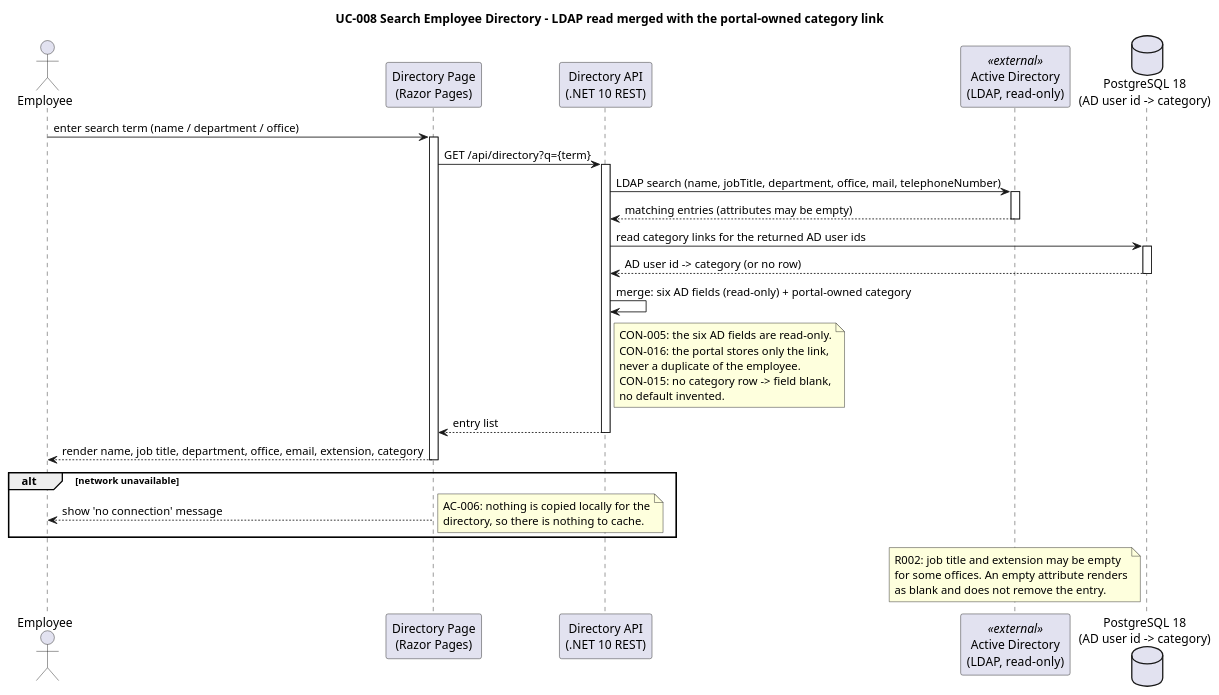
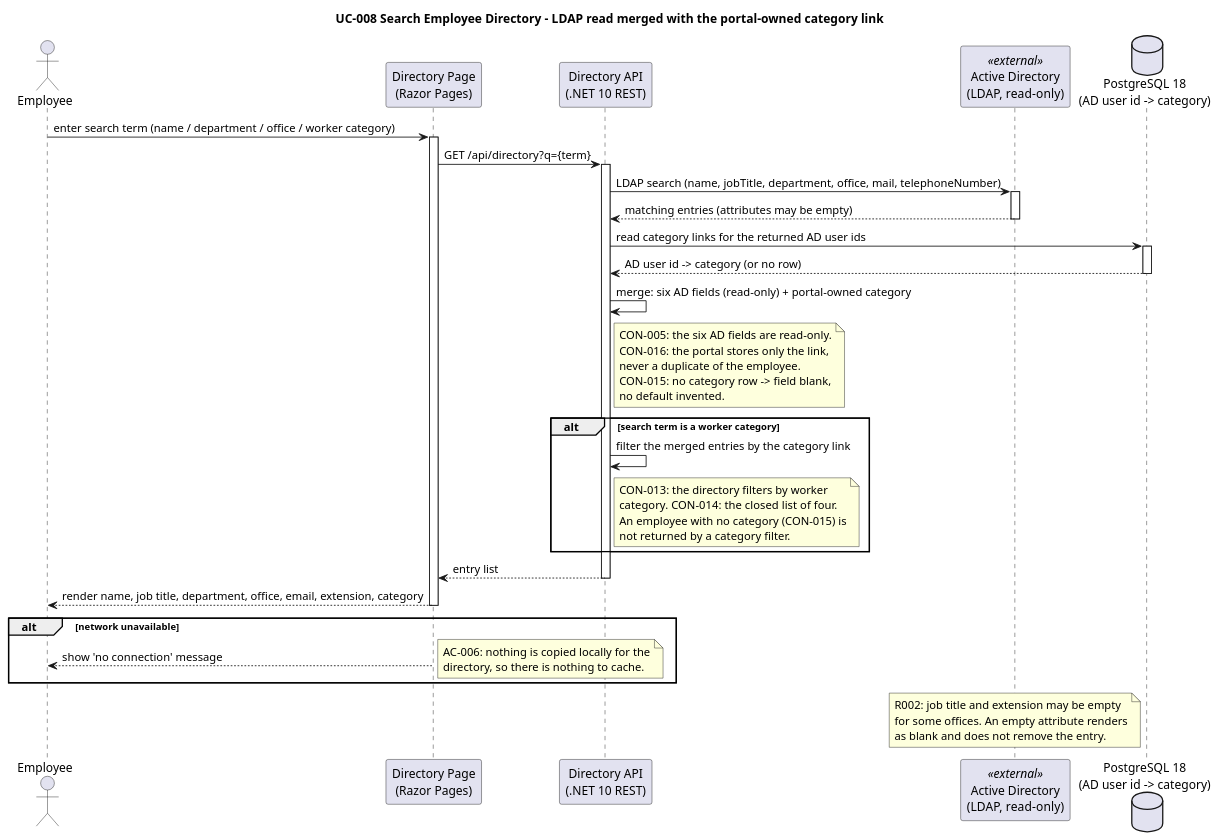
Before and after one commit to banense-test/portal: the fourth of 4 diagrams in docs/artifacts/requirements/use-case-model.md, drawn with PlantUML. The commit also changed other lines of this file, not shown here.

Commit message:
System Analyst [I3]: upsert Use-Case Model
[skip ci]

````diff
--- a/docs/artifacts/requirements/use-case-model.md
+++ b/docs/artifacts/requirements/use-case-model.md
@@ -442,50 +444,59 @@
 ```plantuml
 @startuml UC008_Sequence
 title UC-008 Search Employee Directory - LDAP read merged with the portal-owned category link
 
 actor "Employee" as EMP
 participant "Directory Page\n(Razor Pages)" as PAGE
 participant "Directory API\n(.NET 10 REST)" as API
 participant "Active Directory\n(LDAP, read-only)" as AD <<external>>
 database "PostgreSQL 18\n(AD user id -> category)" as DB
 
-EMP -> PAGE : enter search term (name / department / office)
+EMP -> PAGE : enter search term (name / department / office / worker category)
 activate PAGE
 PAGE -> API : GET /api/directory?q={term}
 activate API
 API -> AD : LDAP search (name, jobTitle, department, office, mail, telephoneNumber)
 activate AD
 AD --> API : matching entries (attributes may be empty)
 deactivate AD
 API -> DB : read category links for the returned AD user ids
 activate DB
 DB --> API : AD user id -> category (or no row)
 deactivate DB
 API -> API : merge: six AD fields (read-only) + portal-owned category
 note right of API
   CON-005: the six AD fields are read-only.
   CON-016: the portal stores only the link,
   never a duplicate of the employee.
   CON-015: no category row -> field blank,
   no default invented.
 end note
+alt search term is a worker category
+  API -> API : filter the merged entries by the category link
+  note right of API
+    CON-013: the directory filters by worker
+    category. CON-014: the closed list of four.
+    An employee with no category (CON-015) is
+    not returned by a category filter.
+  end note
+end
 API --> PAGE : entry list
 deactivate API
 PAGE --> EMP : render name, job title, department, office, email, extension, category
 deactivate PAGE
 
 alt network unavailable
   PAGE --> EMP : show 'no connection' message
   note right
     AC-006: nothing is copied locally for the
     directory, so there is nothing to cache.
   end note
 end
 
 note over AD
   R002: job title and extension may be empty
   for some offices. An empty attribute renders
   as blank and does not remove the entry.
 end note
 @enduml
 ```
````
